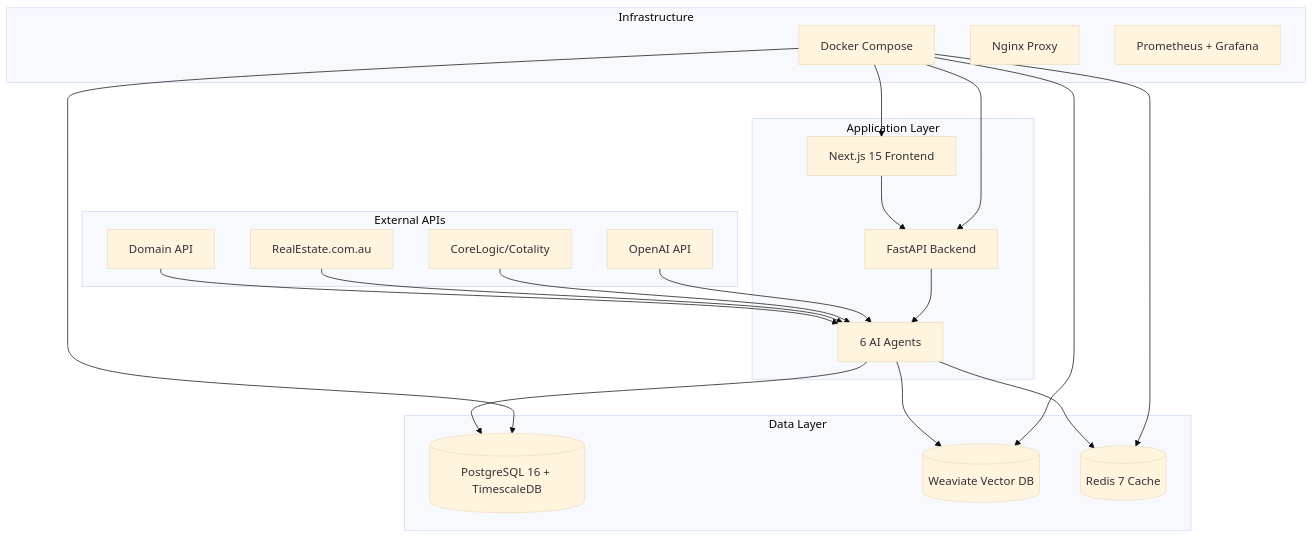
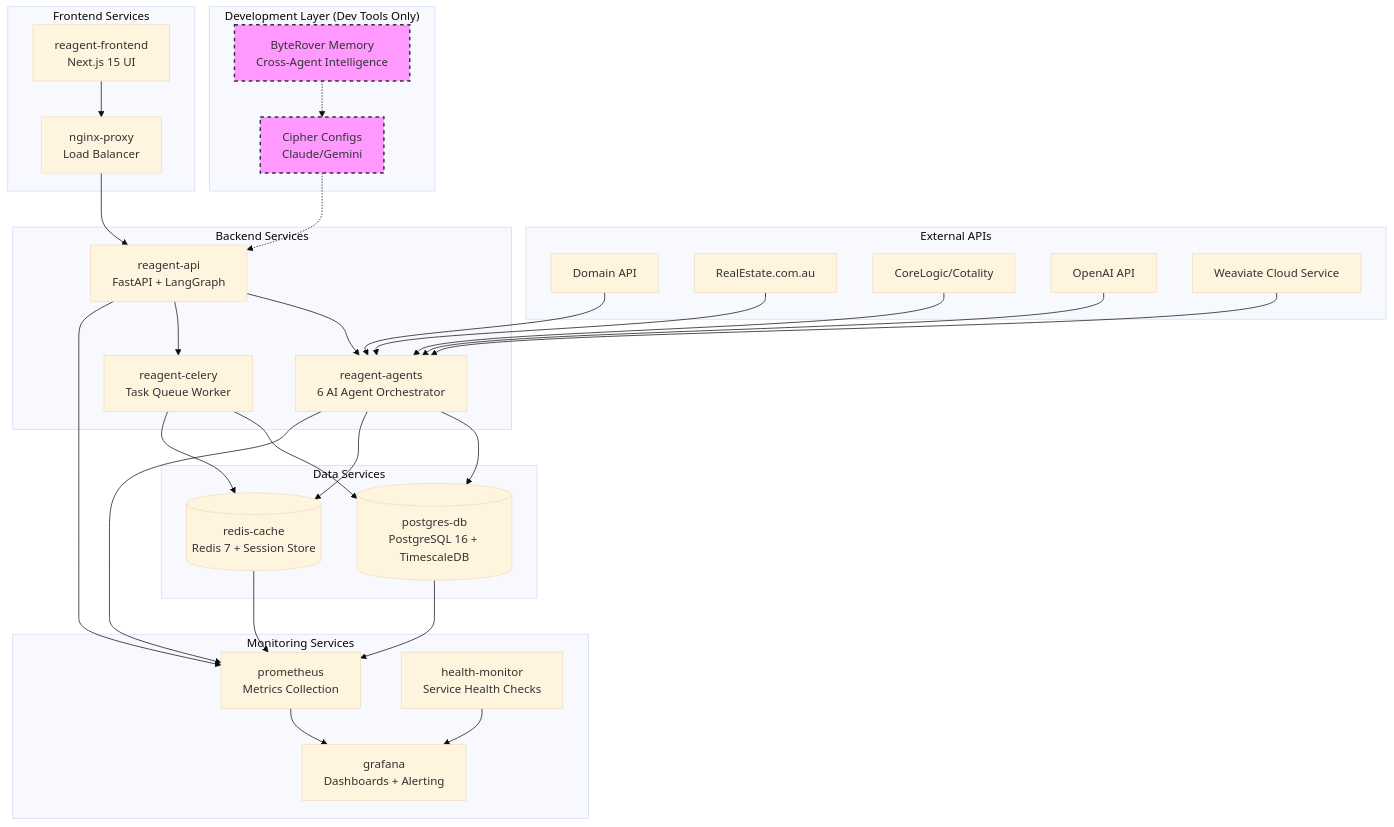
Before and after one commit to AryasKeeper/ReAgent-VM-Current-State: the diagram in README.md, drawn with Mermaid (base theme). The commit also changed other lines of this file and 424 other files, not shown here.

````diff
--- a/README.md
+++ b/README.md
@@ -120,44 +132,71 @@
 ```mermaid
 graph TB
     subgraph "External APIs"
         DOM[Domain API]
         REA[RealEstate.com.au]
         CL[CoreLogic/Cotality]
         OAI[OpenAI API]
+        WV_CLOUD[Weaviate Cloud Service]
     end
     
-    subgraph "Application Layer"
-        UI[Next.js 15 Frontend]
-        API[FastAPI Backend]
-        AGENTS[6 AI Agents]
+    subgraph "Development Layer (Dev Tools Only)"
+        BYTEROVER[ByteRover Memory<br/>Cross-Agent Intelligence]
+        CIPHER[Cipher Configs<br/>Claude/Gemini]
     end
     
-    subgraph "Data Layer"
-        PG[(PostgreSQL 16 + TimescaleDB)]
-        WV[(Weaviate Vector DB)]
-        RD[(Redis 7 Cache)]
+    subgraph "Frontend Services"
+        NEXTJS[reagent-frontend<br/>Next.js 15 UI]
+        NGINX[nginx-proxy<br/>Load Balancer]
     end
     
-    subgraph "Infrastructure"
-        DOCKER[Docker Compose]
-        NGINX[Nginx Proxy]
-        MONITORING[Prometheus + Grafana]
+    subgraph "Backend Services"
+        API[reagent-api<br/>FastAPI + LangGraph]
+        CELERY[reagent-celery<br/>Task Queue Worker]
+        AGENTS[reagent-agents<br/>6 AI Agent Orchestrator]
     end
     
+    subgraph "Data Services"
+        PG[(postgres-db<br/>PostgreSQL 16 + TimescaleDB)]
+        REDIS[(redis-cache<br/>Redis 7 + Session Store)]
+    end
+    
+    subgraph "Monitoring Services"
+        PROMETHEUS[prometheus<br/>Metrics Collection]
+        GRAFANA[grafana<br/>Dashboards + Alerting]
+        HEALTH[health-monitor<br/>Service Health Checks]
+    end
+    
+    %% External API connections
     DOM --> AGENTS
     REA --> AGENTS
     CL --> AGENTS
     OAI --> AGENTS
+    WV_CLOUD --> AGENTS
     
-    UI --> API
+    %% Development connections (dev-time only)
+    BYTEROVER -.-> CIPHER
+    CIPHER -.-> API
+    
+    %% Frontend to Backend
+    NEXTJS --> NGINX
+    NGINX --> API
+    
+    %% Service interconnections
     API --> AGENTS
+    API --> CELERY
     AGENTS --> PG
-    AGENTS --> WV
-    AGENTS --> RD
+    AGENTS --> REDIS
+    CELERY --> PG
+    CELERY --> REDIS
     
-    DOCKER --> UI
-    DOCKER --> API
-    DOCKER --> PG
-    DOCKER --> WV
-    DOCKER --> RD
+    %% Monitoring connections
+    API --> PROMETHEUS
+    AGENTS --> PROMETHEUS
+    PG --> PROMETHEUS
+    REDIS --> PROMETHEUS
+    PROMETHEUS --> GRAFANA
+    HEALTH --> GRAFANA
+    
+    style BYTEROVER fill:#f9f,stroke:#333,stroke-width:2px,stroke-dasharray: 5 5
+    style CIPHER fill:#f9f,stroke:#333,stroke-width:2px,stroke-dasharray: 5 5
 ```
````
